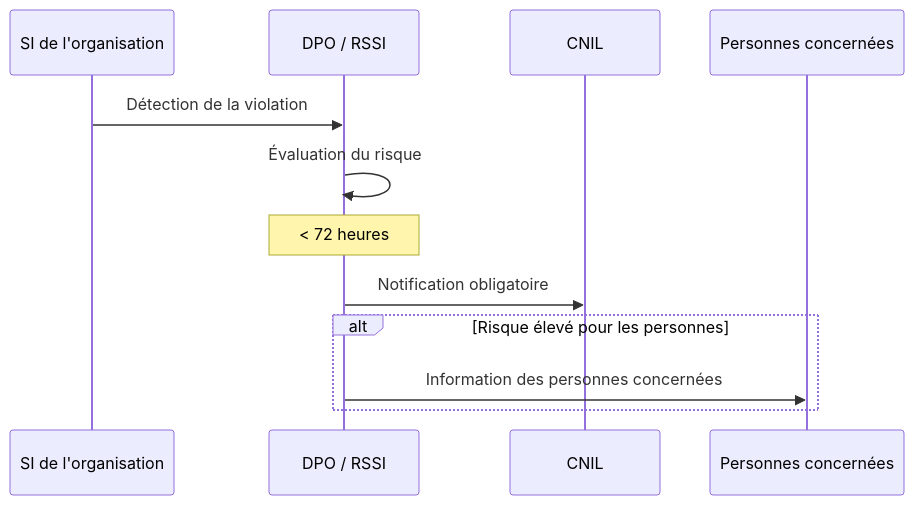
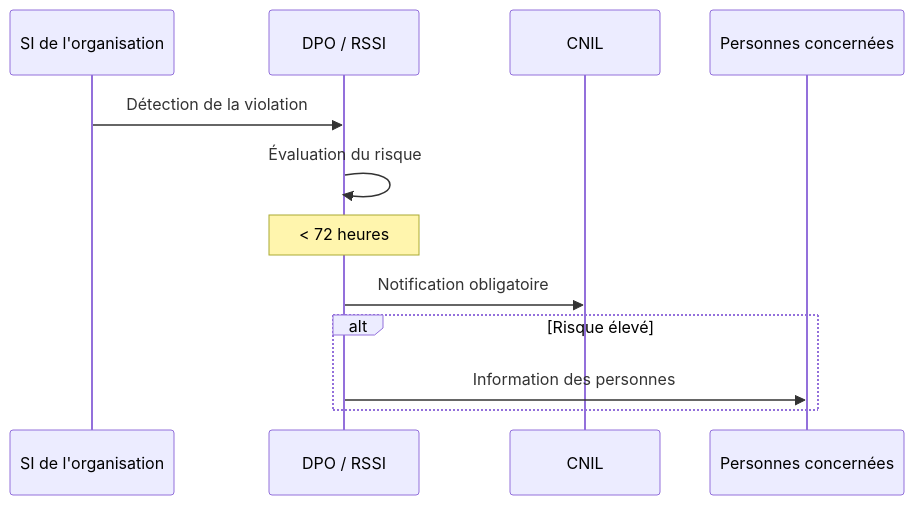
Before and after one commit to MontSekai/Documentations: the diagram in docs/Cybersecurite/cnil.md, drawn with Mermaid. The commit also changed other lines of this file and 50 other files, not shown here.

````diff
--- a/docs/Cybersecurite/cnil.md
+++ b/docs/Cybersecurite/cnil.md
@@ -66,15 +31,15 @@
 ```mermaid
 sequenceDiagram
     participant SI as SI de l'organisation
     participant DPO as DPO / RSSI
     participant CNIL as CNIL
     participant PV as Personnes concernées
 
     SI->>DPO: Détection de la violation
     DPO->>DPO: Évaluation du risque
     Note over DPO: < 72 heures
     DPO->>CNIL: Notification obligatoire
-    alt Risque élevé pour les personnes
-        DPO->>PV: Information des personnes concernées
+    alt Risque élevé
+        DPO->>PV: Information des personnes
     end
 ```
````
